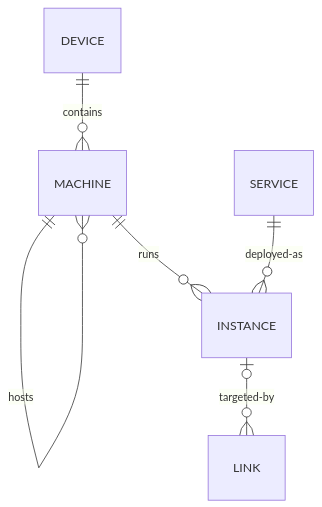
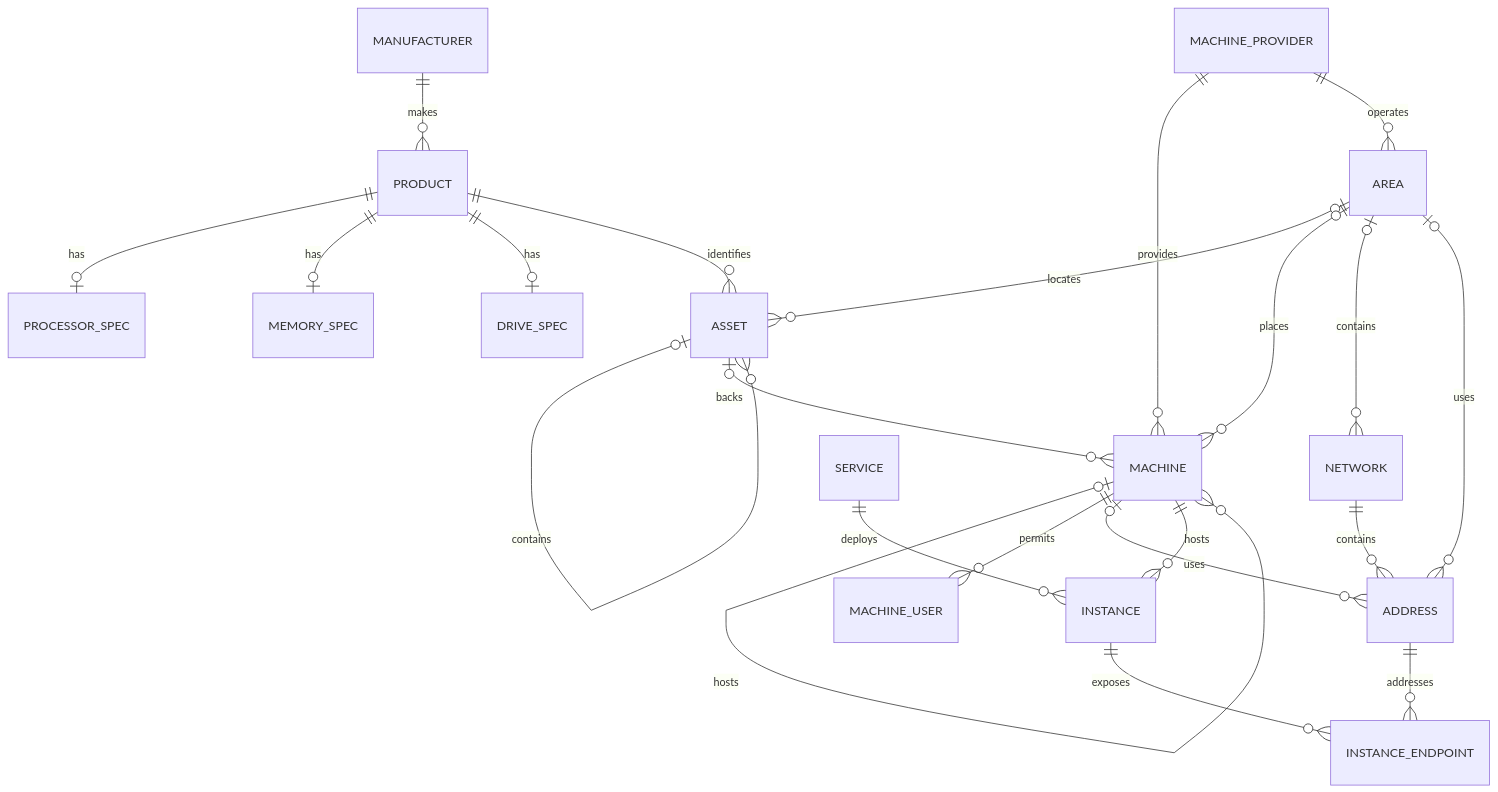
One commit to TylerHillery/homelab changed the diagram in docs/architecture/domain-model.md. Above: the diagram before and after it, drawn with Mermaid. The commit also changed other lines of this file and 114 other files, not shown here.

````diff
--- a/docs/architecture/domain-model.md
+++ b/docs/architecture/domain-model.md
@@ -35,8 +132,24 @@
 ```mermaid
 erDiagram
-    DEVICE ||--o{ MACHINE : contains
-    MACHINE ||--o{ MACHINE : hosts
-    MACHINE ||--o{ INSTANCE : runs
-    SERVICE ||--o{ INSTANCE : deployed-as
-    INSTANCE o|--o{ LINK : targeted-by
+    MANUFACTURER ||--o{ PRODUCT : makes
+    PRODUCT ||--o| PROCESSOR_SPEC : has
+    PRODUCT ||--o| MEMORY_SPEC : has
+    PRODUCT ||--o| DRIVE_SPEC : has
+    PRODUCT ||--o{ ASSET : identifies
+    ASSET o|--o{ ASSET : contains
+    AREA o|--o{ ASSET : locates
+    ASSET o|--o{ MACHINE : backs
+    MACHINE o|--o{ MACHINE : hosts
+    MACHINE_PROVIDER ||--o{ MACHINE : provides
+    MACHINE ||--o{ MACHINE_USER : permits
+    MACHINE_PROVIDER ||--o{ AREA : operates
+    AREA o|--o{ MACHINE : places
+    AREA o|--o{ NETWORK : contains
+    NETWORK ||--o{ ADDRESS : contains
+    MACHINE o|--o{ ADDRESS : uses
+    AREA o|--o{ ADDRESS : uses
+    SERVICE ||--o{ INSTANCE : deploys
+    MACHINE ||--o{ INSTANCE : hosts
+    INSTANCE ||--o{ INSTANCE_ENDPOINT : exposes
+    ADDRESS ||--o{ INSTANCE_ENDPOINT : addresses
 ```
````
